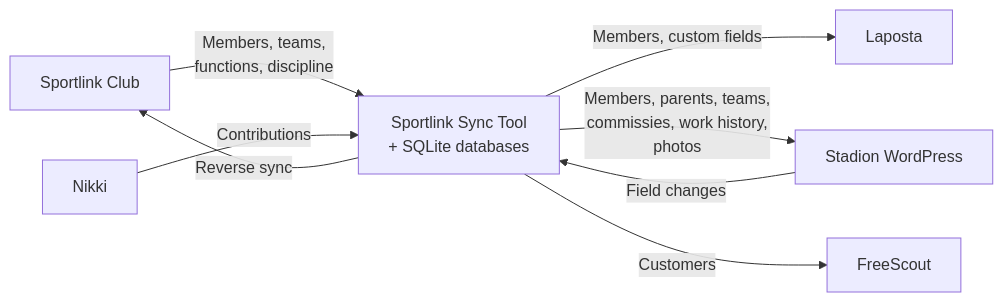
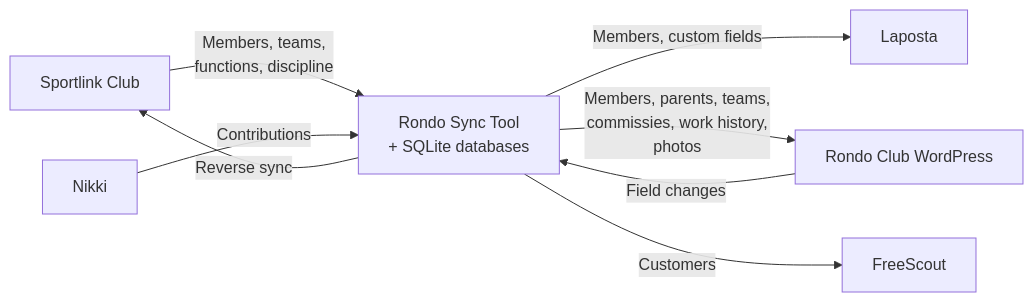
One commit to jdevalk/sportlink-sync changed the diagram in README.md. Above: the diagram before and after it, drawn with Mermaid. The commit also changed other lines of this file and 14 other files, not shown here.

First line of the commit message:
docs(04-02): update high-visibility docs from Sportlink Sync to Rondo Sync

````diff
--- a/README.md
+++ b/README.md
@@ -9,17 +9,17 @@
 ```mermaid
 graph LR
     SL[Sportlink Club]
     NK[Nikki]
-    SYNC[Sportlink Sync Tool<br>+ SQLite databases]
-    ST[Stadion WordPress]
+    SYNC[Rondo Sync Tool<br>+ SQLite databases]
+    ST[Rondo Club WordPress]
     LP[Laposta]
     FS[FreeScout]
 
     SL -->|Members, teams,<br>functions, discipline| SYNC
     NK -->|Contributions| SYNC
     SYNC -->|Members, custom fields| LP
     SYNC -->|Members, parents, teams,<br>commissies, work history,<br>photos| ST
     SYNC -->|Customers| FS
     ST -->|Field changes| SYNC
     SYNC -->|Reverse sync| SL
 ```
````
